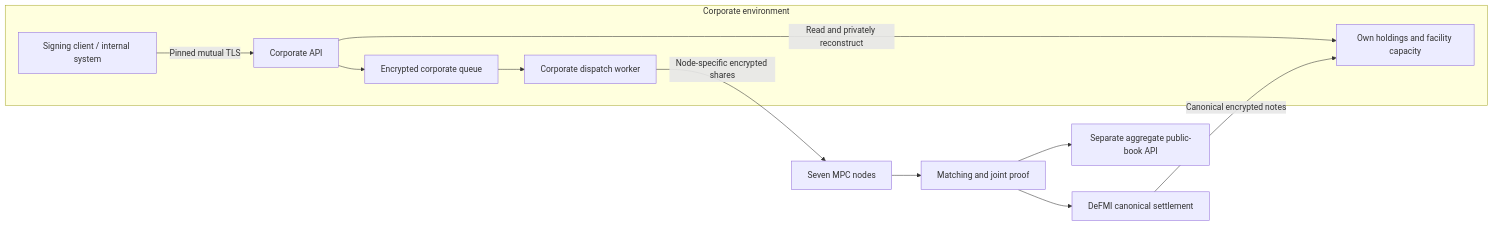
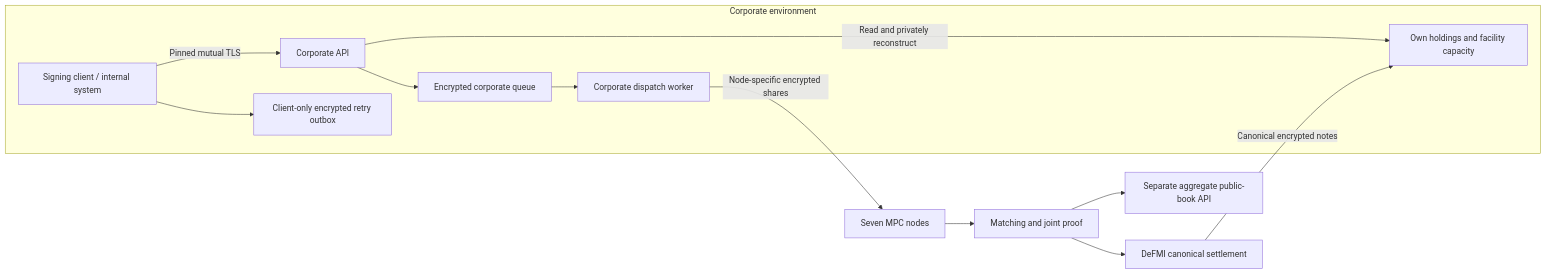
One commit to zkFMI/oclob changed the diagram in docs/CORPORATE_API.md. Above: the diagram before and after it, drawn with Mermaid. The commit also changed other lines of this file and 11 other files, not shown here.

````diff
--- a/docs/CORPORATE_API.md
+++ b/docs/CORPORATE_API.md
@@ -8,14 +8,15 @@
 ```mermaid
 flowchart LR
     subgraph OWNER["Corporate environment"]
         CLIENT["Signing client / internal system"] -->|"Pinned mutual TLS"| API["Corporate API"]
+        CLIENT --> OUTBOX["Client-only encrypted retry outbox"]
         API --> QUEUE["Encrypted corporate queue"]
         QUEUE --> WORKER["Corporate dispatch worker"]
         API -->|"Read and privately reconstruct"| WALLET["Own holdings and facility capacity"]
     end
     WORKER -->|"Node-specific encrypted shares"| MPC["Seven MPC nodes"]
     MPC --> MARKET["Matching and joint proof"]
     MARKET --> DEFMI["DeFMI canonical settlement"]
     DEFMI -->|"Canonical encrypted notes"| WALLET
     MARKET --> PUBLIC["Separate aggregate public-book API"]
 ```
````
